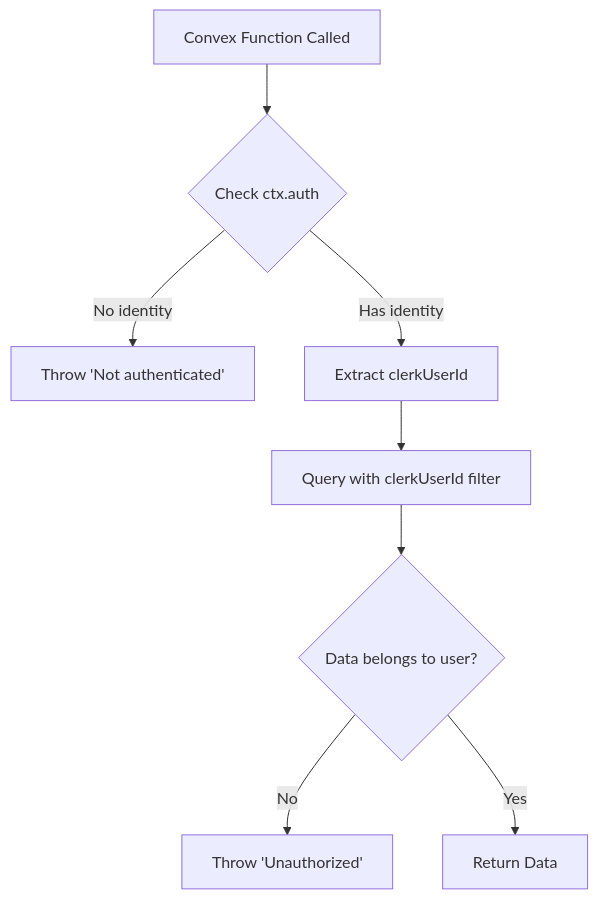
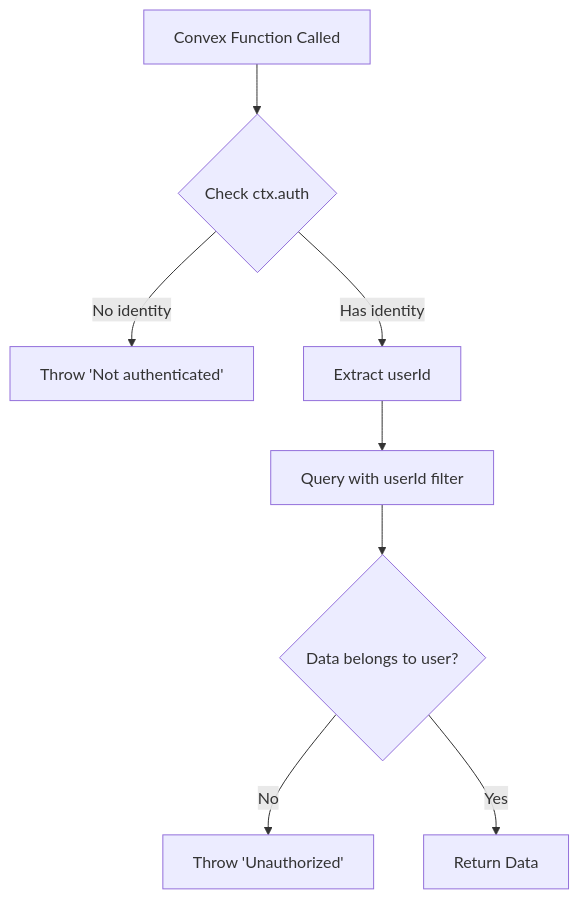
One commit to robertguss/social_post changed the fourth of 22 diagrams in docs/ARCHITECTURE_DIAGRAMS.md. Above: the diagram before and after it, drawn with Mermaid. The commit also changed other lines of this file and 32 other files, not shown here.

````diff
--- a/docs/ARCHITECTURE_DIAGRAMS.md
+++ b/docs/ARCHITECTURE_DIAGRAMS.md
@@ -139,10 +139,10 @@
 ```mermaid
 graph TD
     A[Convex Function Called] --> B{Check ctx.auth}
     B -->|No identity| C[Throw 'Not authenticated']
-    B -->|Has identity| D[Extract clerkUserId]
-    D --> E[Query with clerkUserId filter]
+    B -->|Has identity| D[Extract userId]
+    D --> E[Query with userId filter]
     E --> F{Data belongs to user?}
     F -->|No| G[Throw 'Unauthorized']
     F -->|Yes| H[Return Data]
 ```
````
